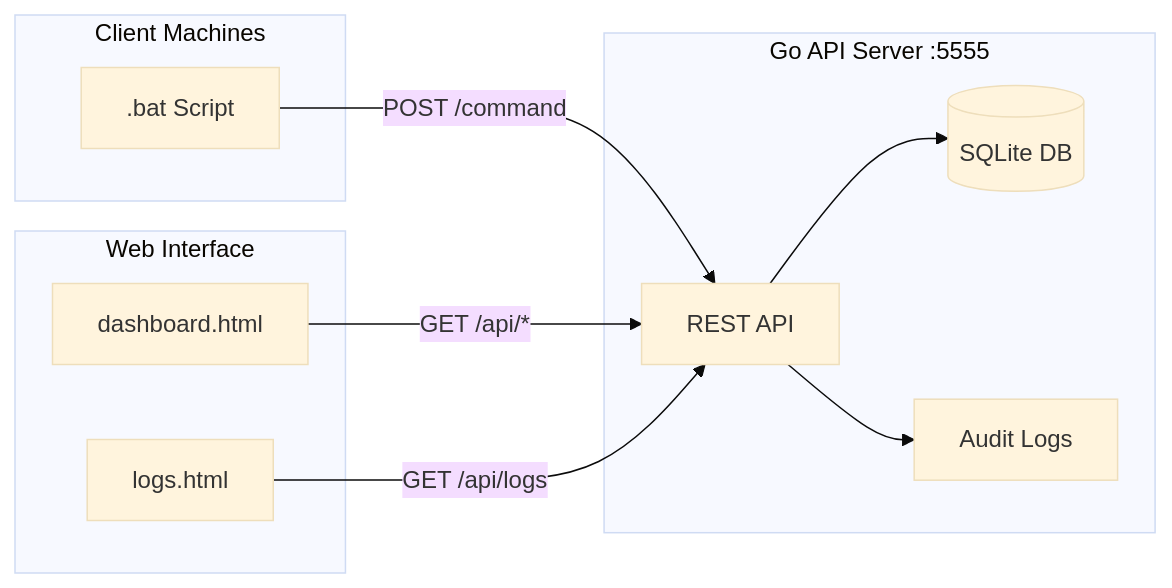
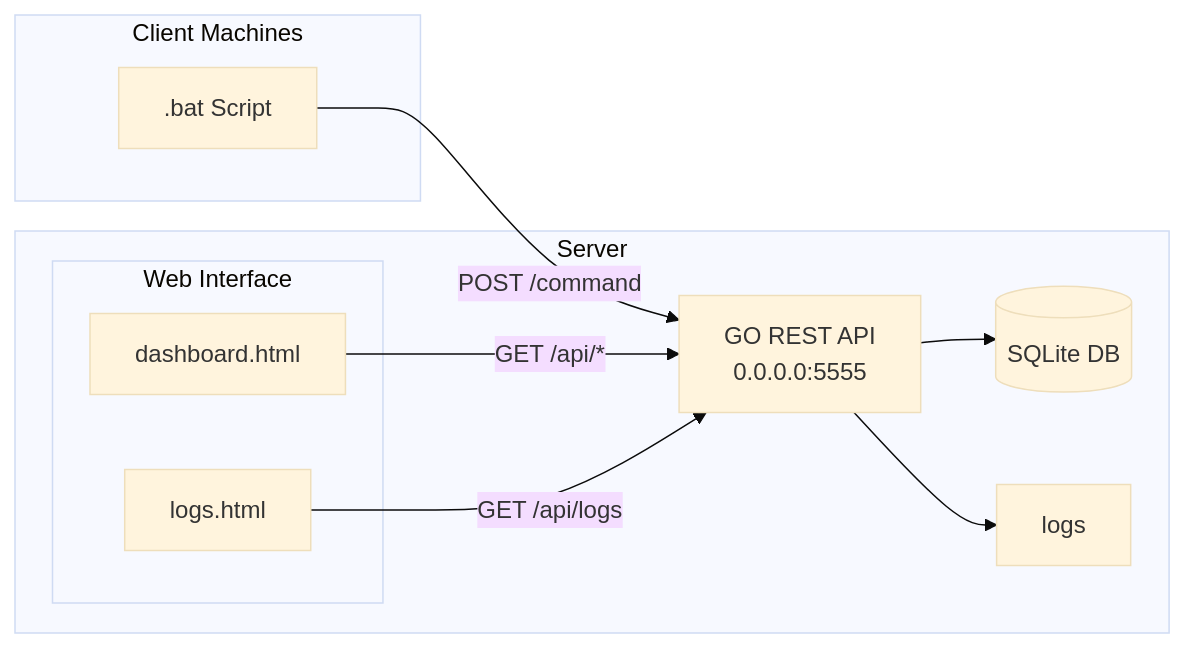
One commit to beemoid/go-file-scope changed the diagram in README.md. Above: the diagram before and after it, drawn with Mermaid (base theme).

Commit message:
update the chart

````diff
--- a/README.md
+++ b/README.md
@@ -65,23 +65,22 @@
 ```mermaid
 flowchart LR
     subgraph Clients["Client Machines"]
         BAT[".bat Script"]
     end
     
-    subgraph Server["Go API Server :5555"]
-        API["REST API"]
+    subgraph Server["Server"]
+        API["GO REST API <br> 0.0.0.0:5555"]
         DB[(SQLite DB)]
-        AUDIT["Audit Logs"]
-    end
-    
-    subgraph Dashboard["Web Interface"]
-        DASH["dashboard.html"]
-        LOGS["logs.html"]
+        AUDIT["logs"]
+        subgraph Dashboard["Web Interface"]
+            DASH["dashboard.html"]
+            LOGS["logs.html"]
+        end
     end
     
     BAT -->|POST /command| API
     API --> DB
     API --> AUDIT
     DASH -->|GET /api/*| API
     LOGS -->|GET /api/logs| API
 ```
````
